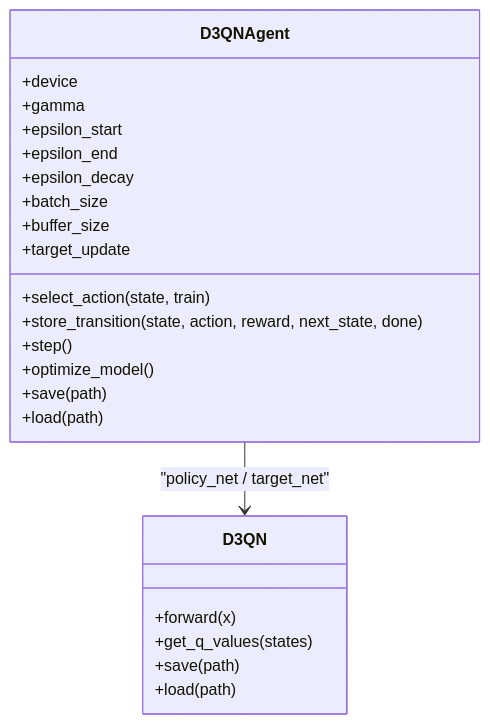
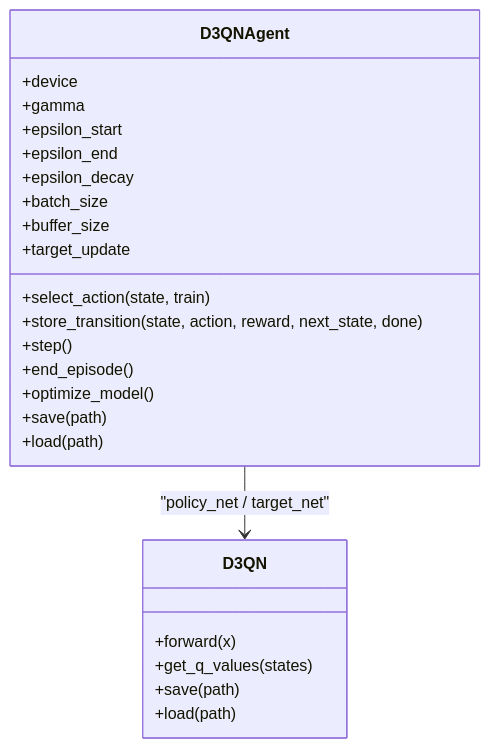
Before and after one commit to fuweiq94-cloud/3399180760000: the fourth of 8 diagrams in .qoder/repowiki/zh/content/训练系统.md, drawn with Mermaid. The commit also changed other lines of this file and 146 other files, not shown here.

````diff
--- a/.qoder/repowiki/zh/content/训练系统.md
+++ b/.qoder/repowiki/zh/content/训练系统.md
@@ -176,26 +211,27 @@
 ```mermaid
 classDiagram
 class D3QNAgent {
 +device
 +gamma
 +epsilon_start
 +epsilon_end
 +epsilon_decay
 +batch_size
 +buffer_size
 +target_update
 +select_action(state, train)
 +store_transition(state, action, reward, next_state, done)
 +step()
++end_episode()
 +optimize_model()
 +save(path)
 +load(path)
 }
 class D3QN {
 +forward(x)
 +get_q_values(states)
 +save(path)
 +load(path)
 }
 D3QNAgent --> D3QN : "policy_net / target_net"
 ```
````
